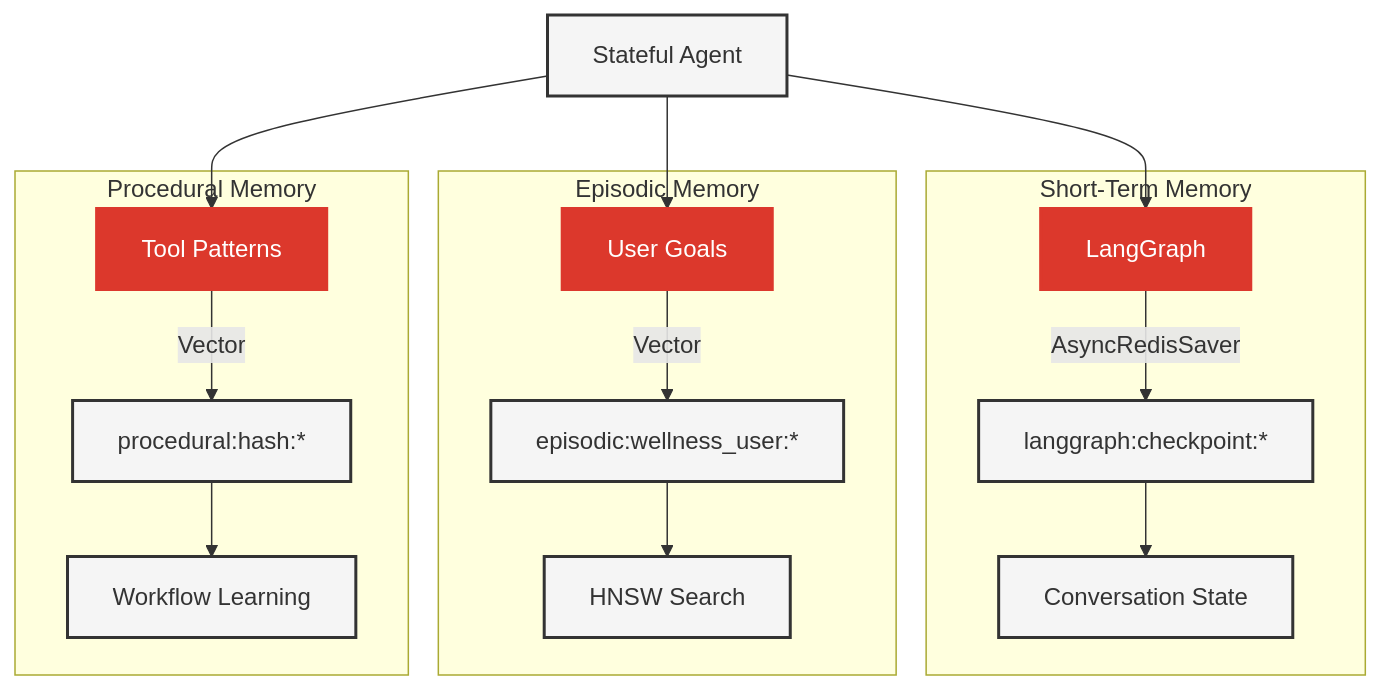
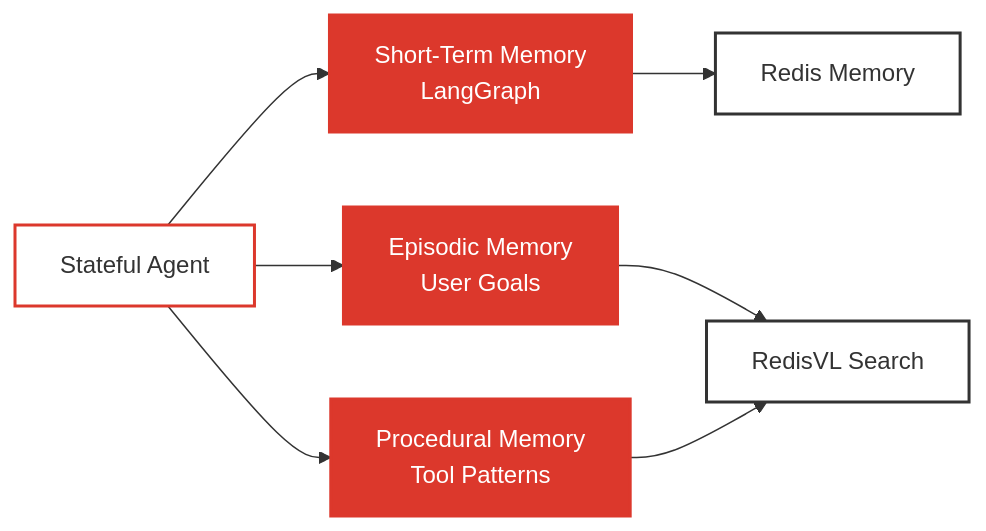
Before and after one commit to AllieRays/redis-wellness: the fourth of 4 diagrams in docs/11_REDIS_PATTERNS.md, drawn with Mermaid. The commit also changed other lines of this file and 4 other files, not shown here.

````diff
--- a/docs/11_REDIS_PATTERNS.md
+++ b/docs/11_REDIS_PATTERNS.md
@@ -390,32 +391,26 @@
 ```mermaid
-graph TB
-    subgraph "Short-Term Memory"
-    A[LangGraph] -->|AsyncRedisSaver| B[langgraph:checkpoint:*]
-    B --> B1[Conversation State]
-    end
+graph LR
+    A[Stateful Agent]
 
-    subgraph "Episodic Memory"
-    C[User Goals] -->|Vector| D[episodic:wellness_user:*]
-    D --> D1[HNSW Search]
-    end
+    B[Short-Term Memory<br/>LangGraph]
+    C[Episodic Memory<br/>User Goals]
+    D[Procedural Memory<br/>Tool Patterns]
 
-    subgraph "Procedural Memory"
-    E[Tool Patterns] -->|Vector| F[procedural:hash:*]
-    F --> F1[Workflow Learning]
-    end
+    E[Redis Memory]
+    F[RedisVL Search]
 
-    G[Stateful Agent] --> A
-    G --> C
-    G --> E
+    A --> B
+    A --> C
+    A --> D
 
-    style A fill:#DC382C,stroke:#DC382C,stroke-width:2px,color:#fff
+    B --> E
+    C --> F
+    D --> F
+
+    style A fill:#fff,stroke:#DC382C,stroke-width:2px
+    style B fill:#DC382C,stroke:#DC382C,stroke-width:2px,color:#fff
     style C fill:#DC382C,stroke:#DC382C,stroke-width:2px,color:#fff
-    style E fill:#DC382C,stroke:#DC382C,stroke-width:2px,color:#fff
-    style G fill:#f5f5f5,stroke:#333,stroke-width:2px
-    style B fill:#f5f5f5,stroke:#333,stroke-width:2px
-    style D fill:#f5f5f5,stroke:#333,stroke-width:2px
-    style F fill:#f5f5f5,stroke:#333,stroke-width:2px
-    style B1 fill:#f5f5f5,stroke:#333,stroke-width:2px
-    style D1 fill:#f5f5f5,stroke:#333,stroke-width:2px
-    style F1 fill:#f5f5f5,stroke:#333,stroke-width:2px
+    style D fill:#DC382C,stroke:#DC382C,stroke-width:2px,color:#fff
+    style E fill:#fff,stroke:#333,stroke-width:2px
+    style F fill:#fff,stroke:#333,stroke-width:2px
 ```
````
